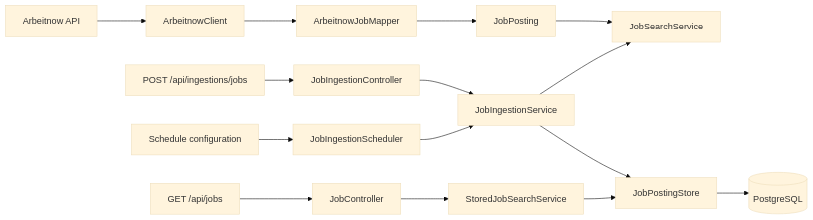
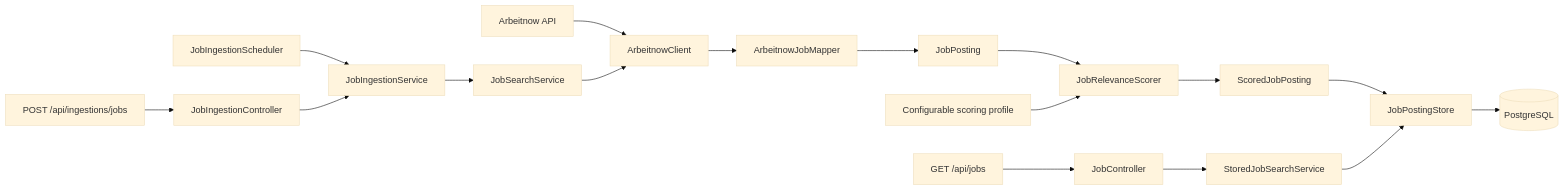
Before and after one commit to saveriobutright/JobRadar: the diagram in README.md, drawn with Mermaid (base theme). The commit also changed other lines of this file and 26 other files, not shown here.

Commit message:
Add explainable job relevance scoring (#4)

````diff
--- a/README.md
+++ b/README.md
@@ -35,20 +40,23 @@
 ```mermaid
 flowchart LR
     A[Arbeitnow API] --> B[ArbeitnowClient]
     B --> C[ArbeitnowJobMapper]
     C --> D[JobPosting]
-    D --> E[JobSearchService]
 
+    E[JobSearchService] --> B
     F["POST /api/ingestions/jobs"] --> G[JobIngestionController]
-    N[Schedule configuration] --> O[JobIngestionScheduler]
-    G --> H[JobIngestionService]
-    O --> H
-    H --> E
-    H --> I[JobPostingStore]
+    H[JobIngestionScheduler] --> I[JobIngestionService]
+    G --> I
+    I --> E
 
-    J["GET /api/jobs"] --> K[JobController]
-    K --> L[StoredJobSearchService]
-    L --> I
+    D --> J[JobRelevanceScorer]
+    K[Configurable scoring profile] --> J
+    J --> L[ScoredJobPosting]
+    L --> M[JobPostingStore]
 
-    I --> M[(PostgreSQL)]
+    N["GET /api/jobs"] --> O[JobController]
+    O --> P[StoredJobSearchService]
+    P --> M
+
+    M --> Q[(PostgreSQL)]
 ```
````
